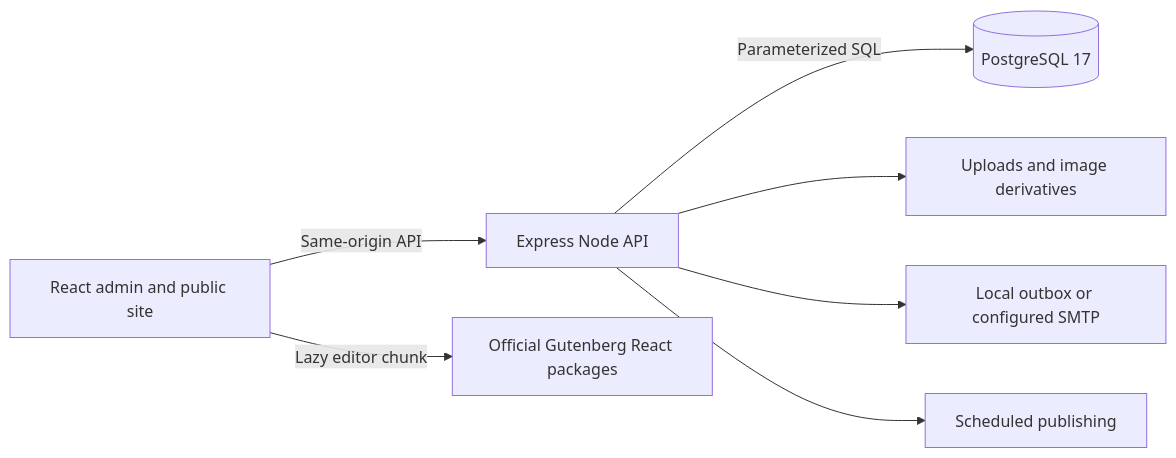
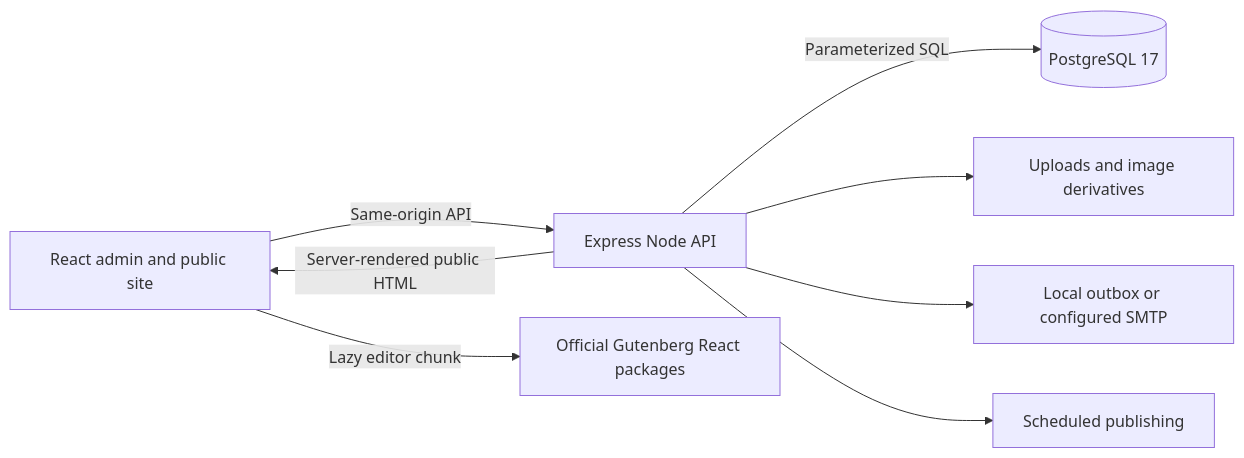
The diagram in docs/architecture.md (olegkuftyrev/WorldAct), drawn with Mermaid before and after one commit. The commit also changed other lines of this file and 4 other files, not shown here.

````diff
--- a/docs/architecture.md
+++ b/docs/architecture.md
@@ -7,9 +7,10 @@
 ```mermaid
 flowchart LR
     Browser[React admin and public site] -->|Same-origin API| API[Express Node API]
+    API -->|Server-rendered public HTML| Browser
     Browser -->|Lazy editor chunk| Gutenberg[Official Gutenberg React packages]
     API -->|Parameterized SQL| DB[(PostgreSQL 17)]
     API --> Files[Uploads and image derivatives]
     API --> Mail[Local outbox or configured SMTP]
     API --> Jobs[Scheduled publishing]
 ```
````
